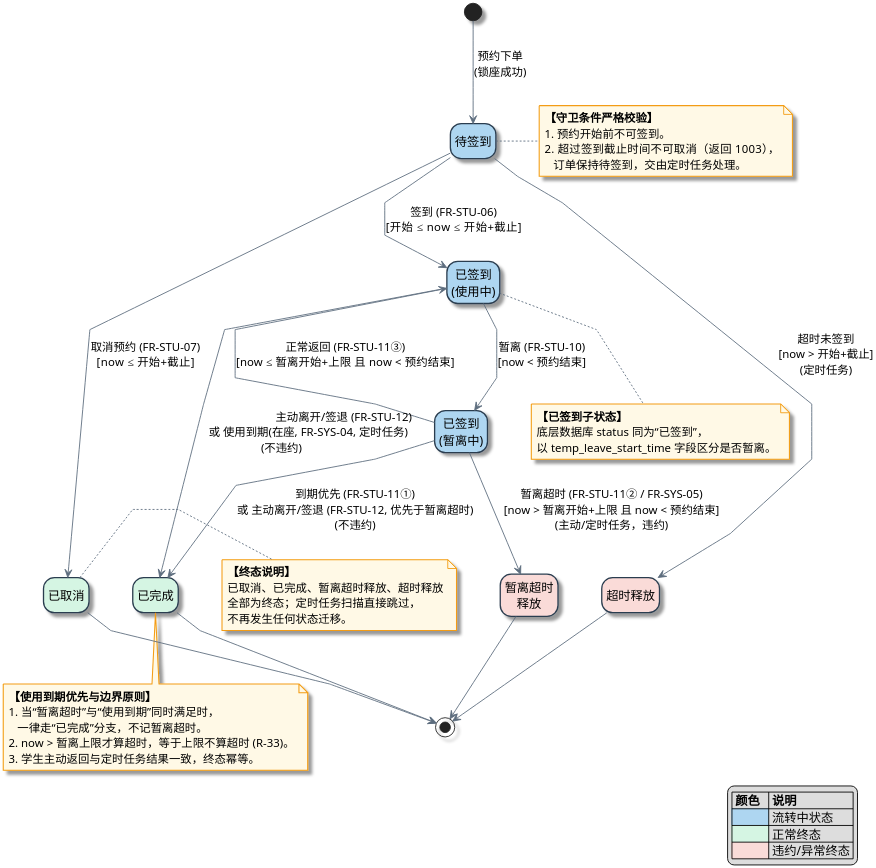
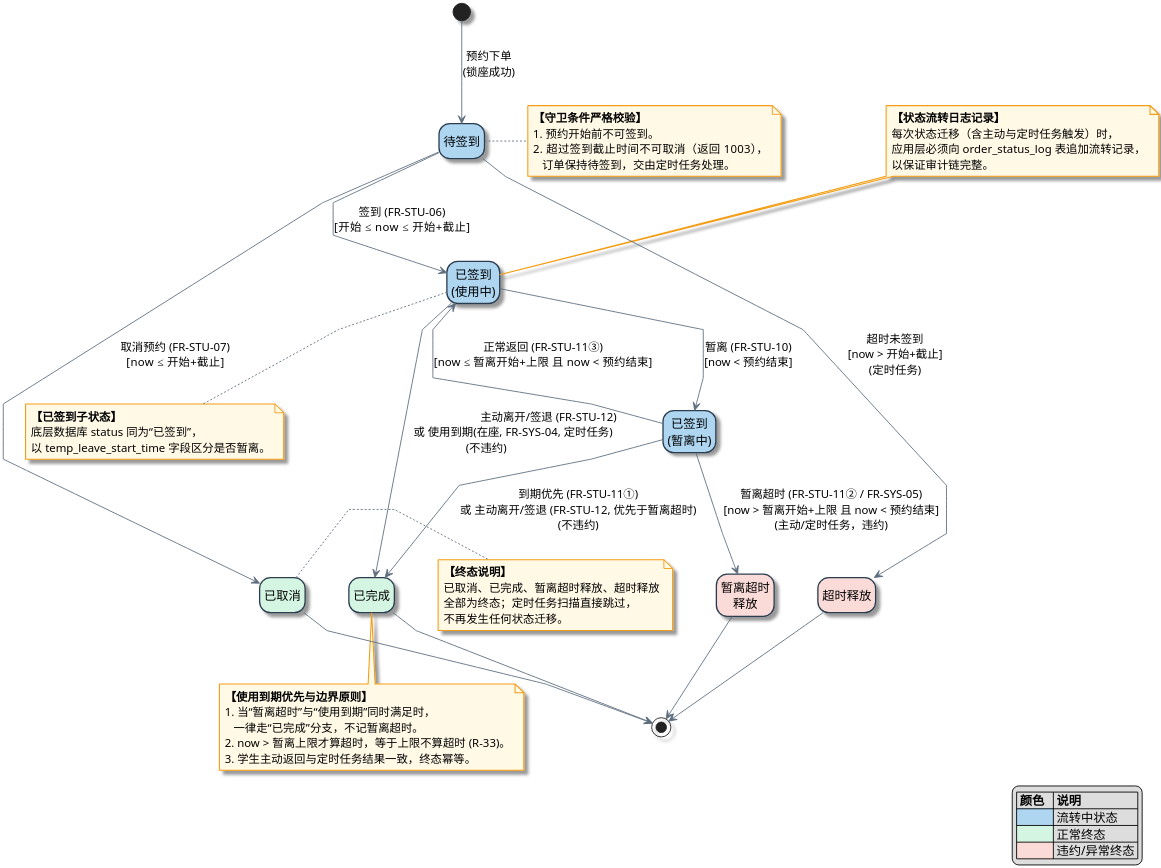
One commit to wlmm123/campus-study-room-system changed the diagram in 03_UML设计模型/state_studyroom.puml. Above: the diagram before and after it, drawn with PlantUML. The commit also changed 1 other file, not shown here.

Commit message:
成员3-订单状态图 puml 源文件 + PNG 图片（2.0）

```diff
--- a/03_UML设计模型/state_studyroom.puml
+++ b/03_UML设计模型/state_studyroom.puml
@@ -1,108 +1,116 @@
 @startuml 校园自习室分布式预约管理系统_订单状态图
 ' ================= 全局设置 =================
 skinparam dpi 300
 skinparam shadowing true
 skinparam linetype polyline
 skinparam nodesep 50
 skinparam ranksep 60
 
 ' ================= 现代柔和配色 =================
 skinparam state {
     BackgroundColor #F4F9F9
     BorderColor #2C3E50
     ArrowColor #5D6D7E
     FontSize 14
     BorderThickness 1.5
     RoundCorner 25
 }
 skinparam note {
     BackgroundColor #FFF9E6
     BorderColor #F39C12
     FontSize 13
     BorderThickness 1.2
 }
 
 hide empty description
 
 ' ================= 状态定义 =================
 state "待签到" as Pending #AED6F1
 state "已签到\n(使用中)" as InUse #AED6F1
 state "已签到\n(暂离中)" as TempLeave #AED6F1
 
 state "已完成" as Completed #D5F5E3
 state "已取消" as Cancelled #D5F5E3
 state "暂离超时\n释放" as TempLeaveTimeout #FADBD8
 state "超时释放" as TimeoutReleased #FADBD8
 
 ' ================= 状态流转连线 =================
 [*] --> Pending : 预约下单\n(锁座成功)
 
 ' 1. 待签到流向
 Pending --> InUse : 签到 (FR-STU-06)\n[开始 ≤ now ≤ 开始+截止]
 Pending --> Cancelled : 取消预约 (FR-STU-07)\n[now ≤ 开始+截止]
 Pending --> TimeoutReleased : 超时未签到\n[now > 开始+截止]\n(定时任务)
 
 ' 2. 内部循环
 InUse --> TempLeave : 暂离 (FR-STU-10)\n[now < 预约结束]
 TempLeave --> InUse : 正常返回 (FR-STU-11③)\n[now ≤ 暂离开始+上限 且 now < 预约结束]
 
 ' 3. 流转至正常终态
 ' 【关键修改】：在文字前后加了不可见空格，强行将两根线上下撑开，避免重合
 InUse --> Completed : \t\t\t主动离开/签退 (FR-STU-12)\n或 使用到期(在座, FR-SYS-04, 定时任务)\n(不违约)\t\t\t
 TempLeave --> Completed : 到期优先 (FR-STU-11①)\n或 主动离开/签退 (FR-STU-12, 优先于暂离超时)\n(不违约)
 
 ' 4. 流转至违约终态
 TempLeave --> TempLeaveTimeout : 暂离超时 (FR-STU-11② / FR-SYS-05)\n[now > 暂离开始+上限 且 now < 预约结束]\n(主动/定时任务，违约)
 
 ' 5. 终态收敛到结束节点
 Cancelled --> [*]
 Completed --> [*]
 TempLeaveTimeout --> [*]
 TimeoutReleased --> [*]
 
 ' ================= 【核心排版魔法】强制节点对齐 =================
 Pending -[hidden]down-> InUse
 InUse -[hidden]right-> TempLeave
 
 Cancelled -[hidden]right-> Completed
 Completed -[hidden]right-> TempLeaveTimeout
 TempLeaveTimeout -[hidden]right-> TimeoutReleased
 
 ' ================= 注释说明 =================
 note right of Pending
 <b>【守卫条件严格校验】</b>
 1. 预约开始前不可签到。
 2. 超过签到截止时间不可取消（返回 1003），
    订单保持待签到，交由定时任务处理。
 end note
 
 note bottom of InUse
 <b>【已签到子状态】</b>
 底层数据库 status 同为“已签到”，
 以 temp_leave_start_time 字段区分是否暂离。
 end note
 
 note bottom of Completed
 <b>【使用到期优先与边界原则】</b>
 1. 当“暂离超时”与“使用到期”同时满足时，
    一律走“已完成”分支，不记暂离超时。
 2. now > 暂离上限才算超时，等于上限不算超时 (R-33)。
 3. 学生主动返回与定时任务结果一致，终态幂等。
 end note
 
 note right of Cancelled
 <b>【终态说明】</b>
 已取消、已完成、暂离超时释放、超时释放
 全部为终态；定时任务扫描直接跳过，
 不再发生任何状态迁移。
 end note
 
+' ================= 【修改后的日志记录备注】 =================
+note top of InUse
+<b>【状态流转日志记录】</b>
+每次状态迁移（含主动与定时任务触发）时，
+应用层必须向 order_status_log 表追加流转记录，
+以保证审计链完整。
+end note
+
 ' ================= 图例 =================
 legend right
 |= 颜色 |= 说明 |
 |<size:14><back:#AED6F1>　　　</back></size>| 流转中状态 |
 |<size:14><back:#D5F5E3>　　　</back></size>| 正常终态 |
 |<size:14><back:#FADBD8>　　　</back></size>| 违约/异常终态 |
 end legend
 
 @enduml
```
